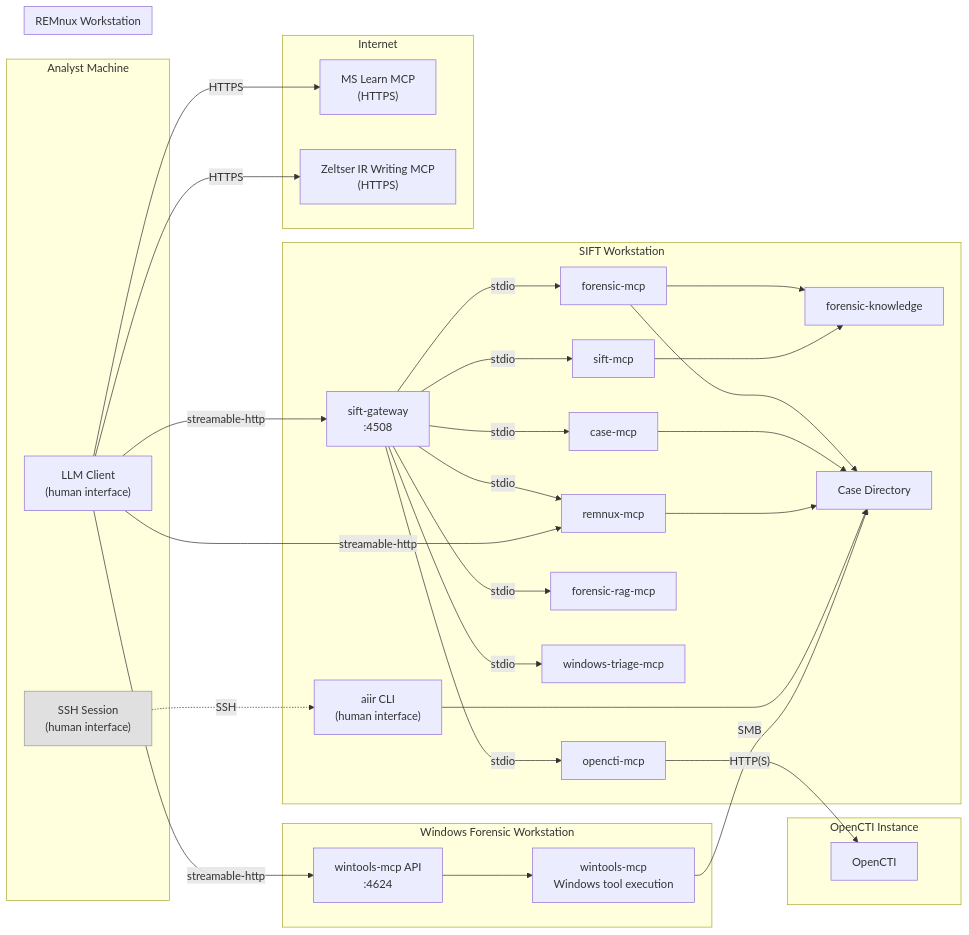
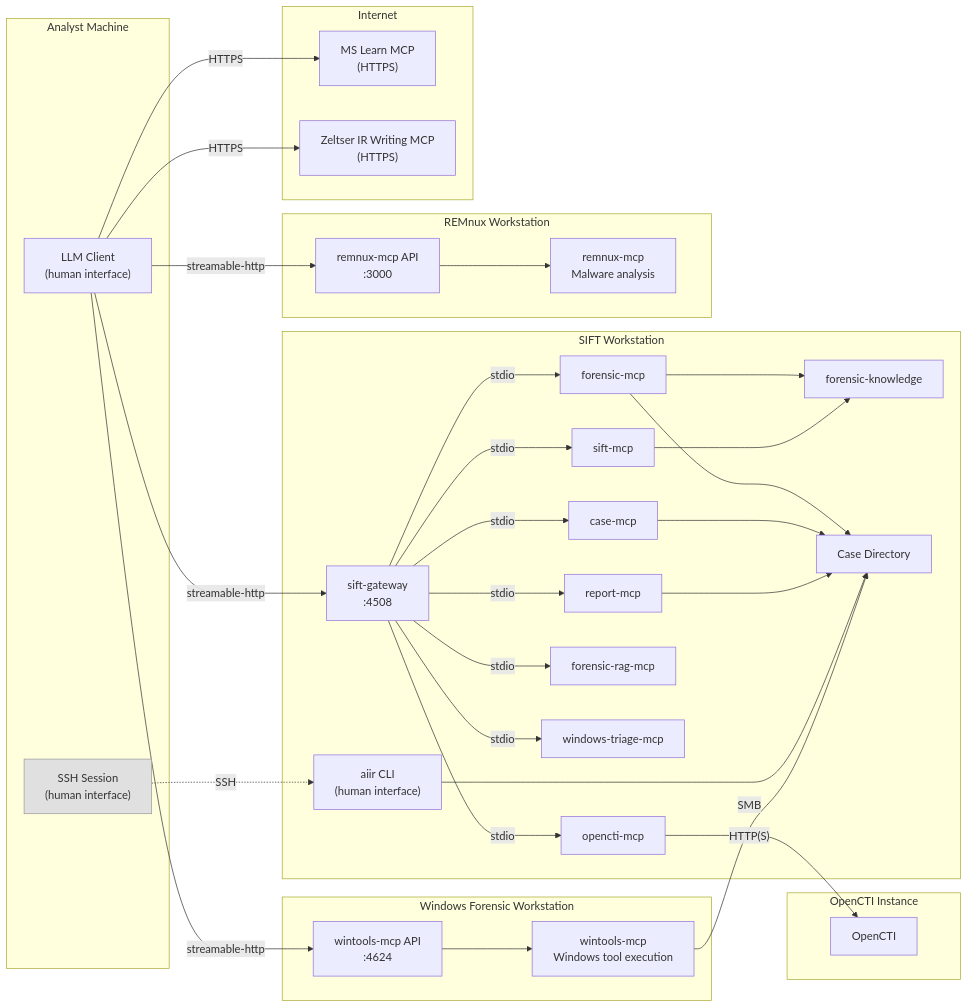
One commit to AppliedIR/aiir changed the fifth of 6 diagrams in README.md. Above: the diagram before and after it, drawn with Mermaid.

Commit message:
Fix REMnux diagram: show as machine subgraph with MCP inside, fix node ID collision

````diff
--- a/README.md
+++ b/README.md
@@ -197,64 +197,66 @@
 ```mermaid
 graph LR
     subgraph analyst ["Analyst Machine"]
         CC["LLM Client<br/>(human interface)"]
         SSH["SSH Session<br/>(human interface)"]
     end
 
     subgraph sift ["SIFT Workstation"]
         CLI["aiir CLI<br/>(human interface)"]
         GW["sift-gateway<br/>:4508"]
         FM[forensic-mcp]
         CM[case-mcp]
         RM[report-mcp]
         SM[sift-mcp]
         FR[forensic-rag-mcp]
         WTR[windows-triage-mcp]
         OC[opencti-mcp]
         FK[forensic-knowledge]
         CASE[Case Directory]
 
         GW -->|stdio| FM
         GW -->|stdio| CM
         GW -->|stdio| RM
         GW -->|stdio| SM
         GW -->|stdio| FR
         GW -->|stdio| WTR
         GW -->|stdio| OC
         FM --> FK
         SM --> FK
         FM --> CASE
         CM --> CASE
         RM --> CASE
         CLI --> CASE
     end
 
     subgraph winbox ["Windows Forensic Workstation"]
         WAPI["wintools-mcp API<br/>:4624"]
         WM["wintools-mcp<br/>Windows tool execution"]
         WAPI --> WM
     end
 
     subgraph octi ["OpenCTI Instance"]
         OCTI[OpenCTI]
     end
 
     subgraph remnux ["REMnux Workstation"]
-        RM[remnux-mcp]
+        RAPI["remnux-mcp API<br/>:3000"]
+        RMX["remnux-mcp<br/>Malware analysis"]
+        RAPI --> RMX
     end
 
     subgraph internet ["Internet"]
         ML["MS Learn MCP<br/>(HTTPS)"]
         ZE["Zeltser IR Writing MCP<br/>(HTTPS)"]
     end
 
     CC -->|"streamable-http"| GW
     CC -->|"streamable-http"| WAPI
-    CC -->|"streamable-http"| RM
+    CC -->|"streamable-http"| RAPI
     CC -->|"HTTPS"| ML
     CC -->|"HTTPS"| ZE
     OC -->|"HTTP(S)"| OCTI
     SSH -.->|"SSH"| CLI
     WM -->|"SMB"| CASE
     style SSH fill:#e0e0e0,stroke:#999,color:#333
 ```
````
